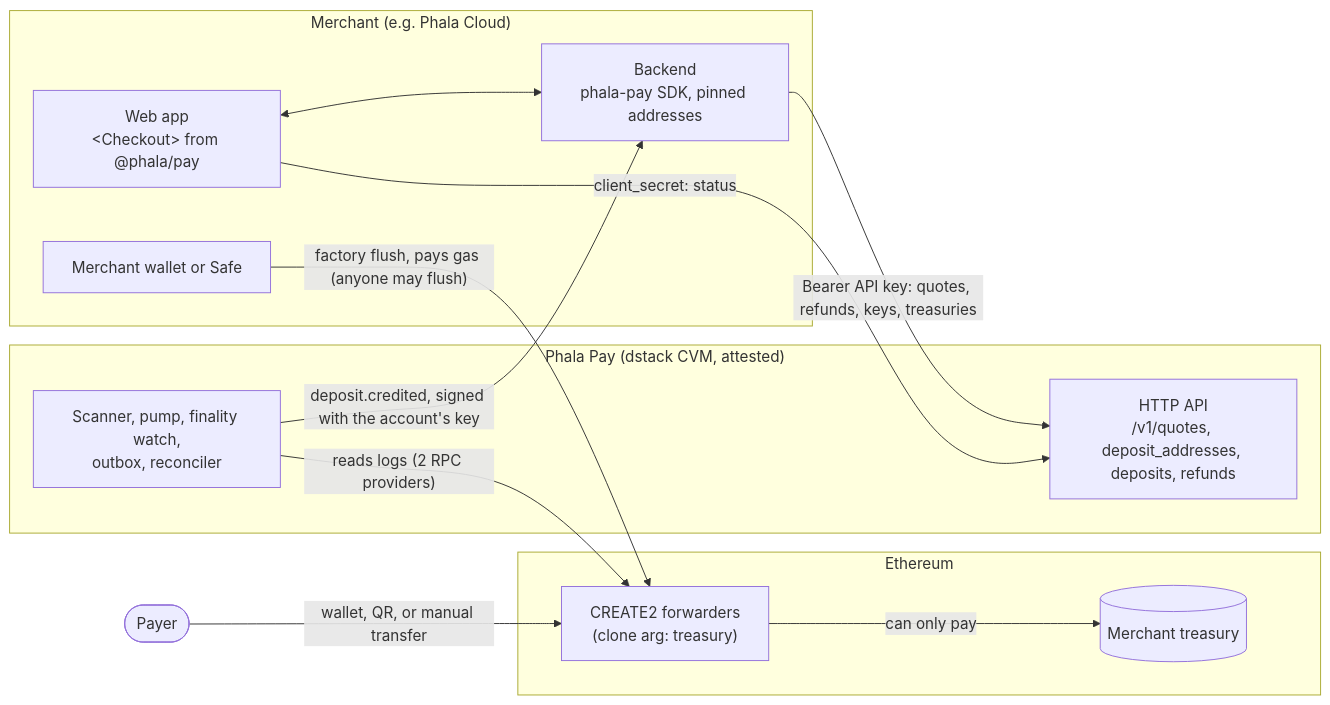
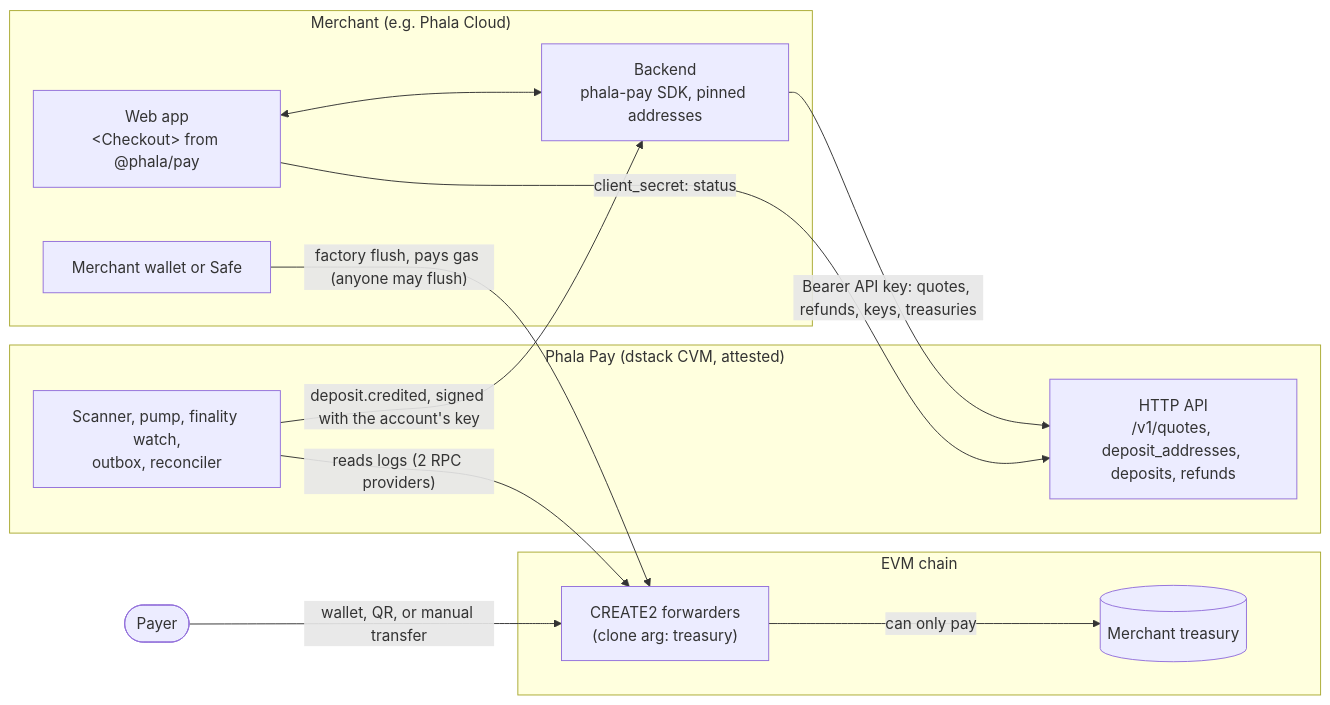
The diagram in README.md (Phala-Network/crypto-topup-service), drawn with Mermaid before and after one commit. The commit also changed other lines of this file and 43 other files, not shown here.

````diff
--- a/README.md
+++ b/README.md
@@ -35,25 +78,25 @@
 ```mermaid
 flowchart LR
     payer(["Payer"])
     subgraph merchant["Merchant (e.g. Phala Cloud)"]
         ui["Web app<br/>&lt;Checkout&gt; from @phala/pay"]
         backend["Backend<br/>phala-pay SDK, pinned addresses"]
         wallet["Merchant wallet or Safe"]
     end
     subgraph cvm["Phala Pay (dstack CVM, attested)"]
         api["HTTP API<br/>/v1/quotes, deposit_addresses, deposits, refunds"]
         worker["Scanner, pump, finality watch,<br/>outbox, reconciler"]
     end
-    subgraph chain["Ethereum"]
+    subgraph chain["EVM chain"]
         fwd["CREATE2 forwarders<br/>(clone arg: treasury)"]
         treasury[("Merchant treasury")]
     end
     payer -->|"wallet, QR, or manual transfer"| fwd
     ui -->|"client_secret: status"| api
     ui <--> backend
     backend -->|"Bearer API key: quotes, refunds, keys, treasuries"| api
     worker -->|"deposit.credited, signed with the account's key"| backend
     worker -->|"reads logs (2 RPC providers)"| fwd
     wallet -->|"factory flush, pays gas (anyone may flush)"| fwd
     fwd -->|"can only pay"| treasury
 ```
````
